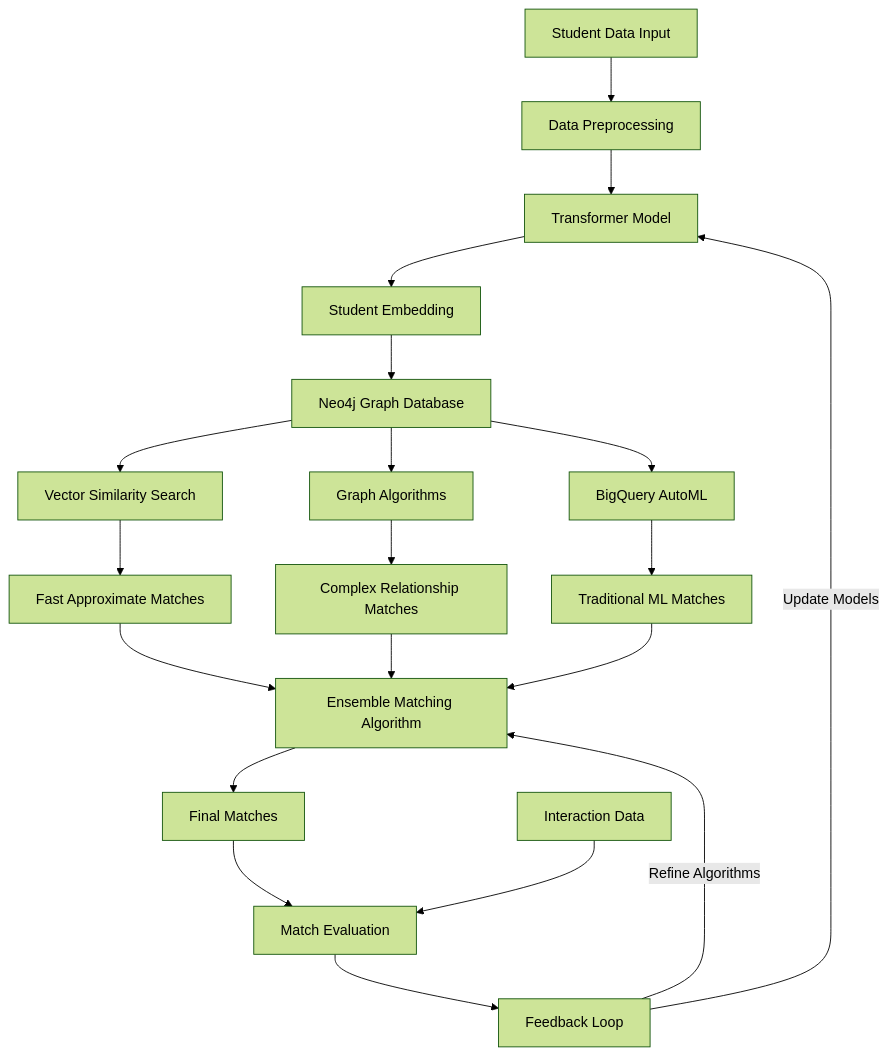
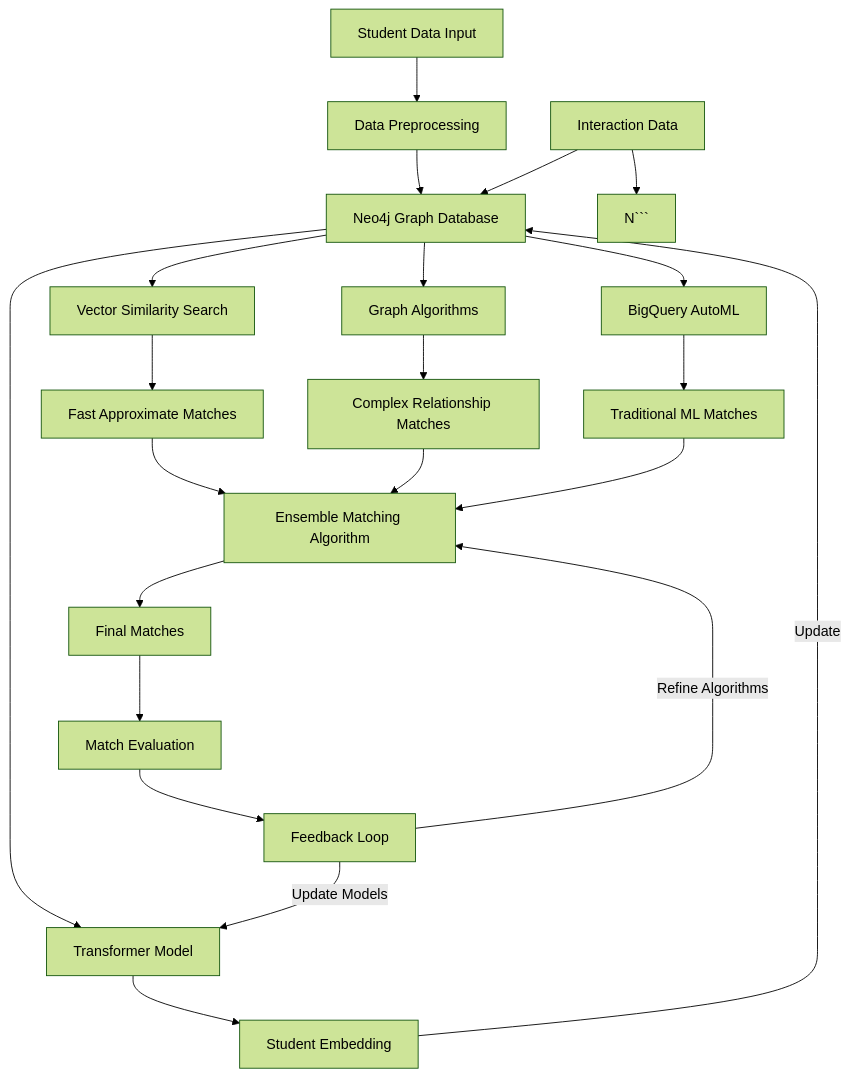
Before and after one commit to piotrostr/pathfinder: the diagram in README.md, drawn with Mermaid (forest theme).

Commit message:
update mermaid graph

`````diff
--- a/README.md
+++ b/README.md
@@ -78,22 +78,24 @@
-```mermaid
+````mermaid
 graph TD
     A[Student Data Input] --> B[Data Preprocessing]
-    B --> C[Transformer Model]
-    C --> D[Student Embedding]
-    D --> E[Neo4j Graph Database]
-    E --> F[Vector Similarity Search]
-    E --> G[Graph Algorithms]
-    E --> H[BigQuery AutoML]
+    B --> C[Neo4j Graph Database]
+    C --> D[Transformer Model]
+    D --> E[Student Embedding]
+    E --> |Update| C
+    C --> F[Vector Similarity Search]
+    C --> G[Graph Algorithms]
+    C --> H[BigQuery AutoML]
     F --> I[Fast Approximate Matches]
     G --> J[Complex Relationship Matches]
     H --> K[Traditional ML Matches]
     I --> L[Ensemble Matching Algorithm]
     J --> L
     K --> L
     L --> M[Final Matches]
     M --> N[Match Evaluation]
     N --> O[Feedback Loop]
-    O --> |Update Models| C
+    O --> |Update Models| D
     O --> |Refine Algorithms| L
-    P[Interaction Data] --> N
-```
+    P[Interaction Data] --> C
+    P --> N```
+````
`````
